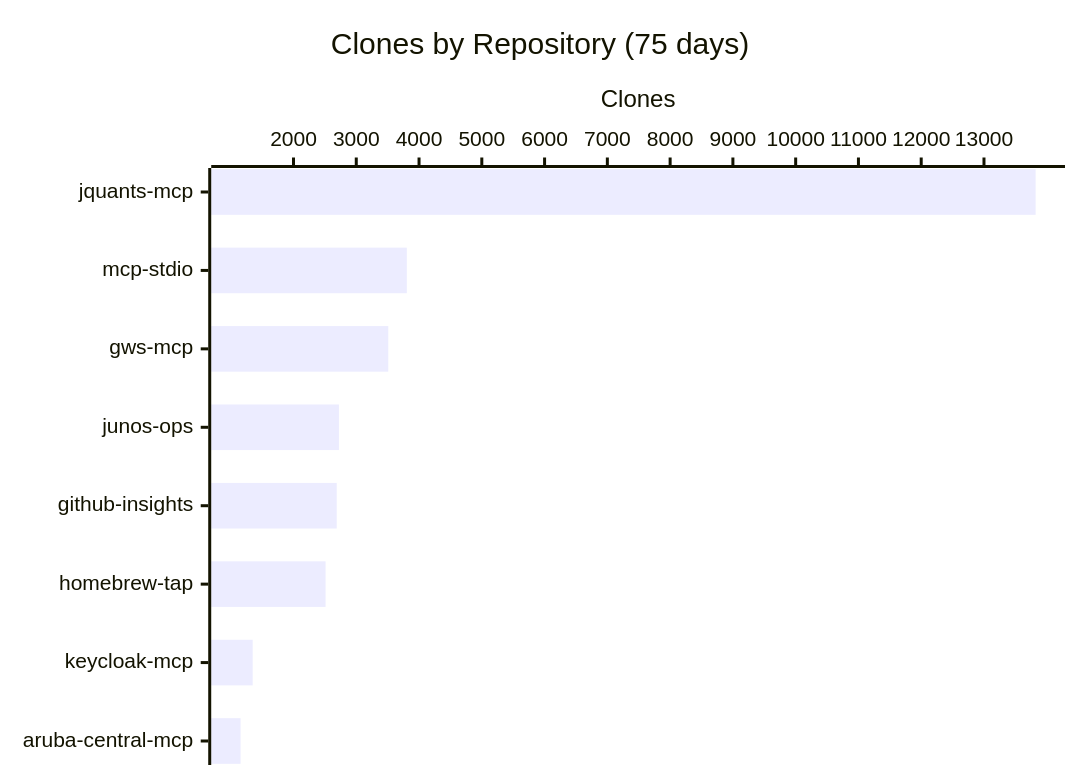
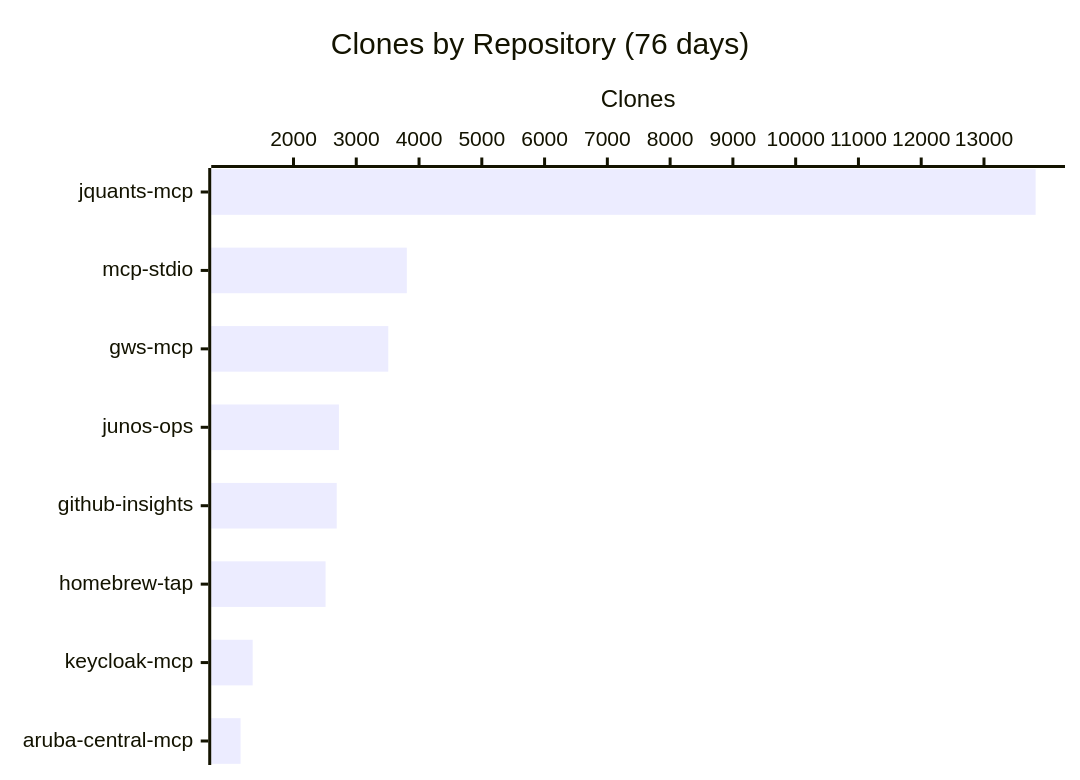
Before and after one commit to shigechika/github-insights: the third of 3 diagrams in README.md, drawn with Mermaid. The commit also changed other lines of this file and 2 other files, not shown here.

````diff
--- a/README.md
+++ b/README.md
@@ -38,7 +38,7 @@
 ```mermaid
 xychart-beta horizontal
-    title "Clones by Repository (75 days)"
+    title "Clones by Repository (76 days)"
     x-axis ["jquants-mcp", "mcp-stdio", "gws-mcp", "junos-ops", "github-insights", "homebrew-tap", "keycloak-mcp", "aruba-central-mcp"]
     y-axis "Clones"
     bar [13823, 3805, 3510, 2724, 2689, 2511, 1350, 1157]
 ```
````
